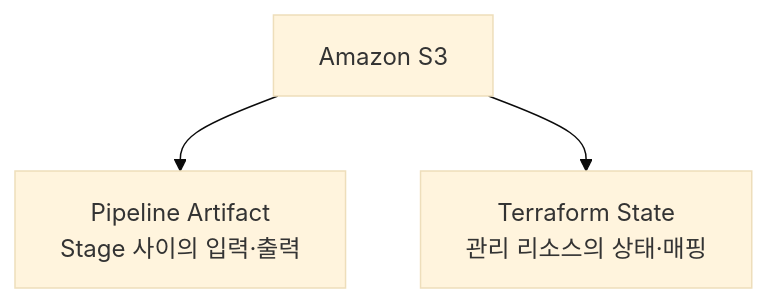
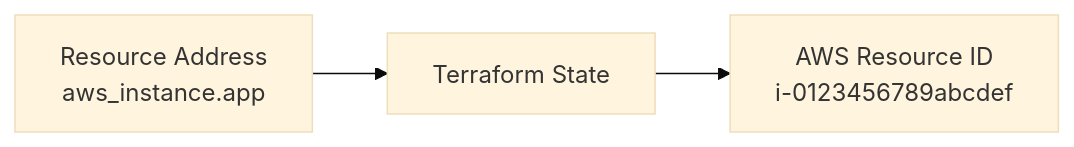
The seventh of 13 diagrams in _posts/2026-09-03-terraform-pipeline.md (jw3418/jw3418.github.io), drawn with Mermaid (base theme) before and after one commit. The commit also changed other lines of this file, not shown here.

First line of the commit message:
Enhance clarity on Terraform commands and state management

````diff
--- a/_posts/2026-09-03-terraform-pipeline.md
+++ b/_posts/2026-09-03-terraform-pipeline.md
@@ -191,5 +182,5 @@
 ```mermaid
-flowchart TD
-    S3["Amazon S3"] --> Artifact["Pipeline Artifact<br/>Stage 사이의 입력·출력"]
-    S3 --> State["Terraform State<br/>관리 리소스의 상태·매핑"]
+flowchart LR
+    Address["Resource Address<br/>aws_instance.app"] --> State["Terraform State"]
+    State --> ID["AWS Resource ID<br/>i-0123456789abcdef"]
 ```
````
